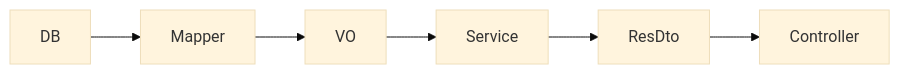
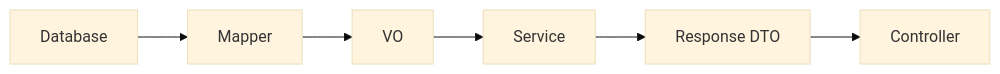
The third of 5 diagrams in _posts/2026-08-12-spring-mybatis-mapper-pattern.md (jw3418/jw3418.github.io), drawn with Mermaid (base theme) before and after one commit. The commit also changed other lines of this file, not shown here.

First line of the commit message:
Explain MyBatis Mapper pattern in Spring applications

````diff
--- a/_posts/2026-08-12-spring-mybatis-mapper-pattern.md
+++ b/_posts/2026-08-12-spring-mybatis-mapper-pattern.md
@@ -140,4 +382,8 @@
-```mermaid
+```mermaid id="u5v95s"
 flowchart LR
-  D4["DB"] --> M4["Mapper"] --> V4["VO"] --> S4["Service"] --> R4["ResDto"] --> C4["Controller"]
+    DB["Database"] --> M["Mapper"]
+    M --> V["VO"]
+    V --> S["Service"]
+    S --> D["Response DTO"]
+    D --> C["Controller"]
 ```
````
